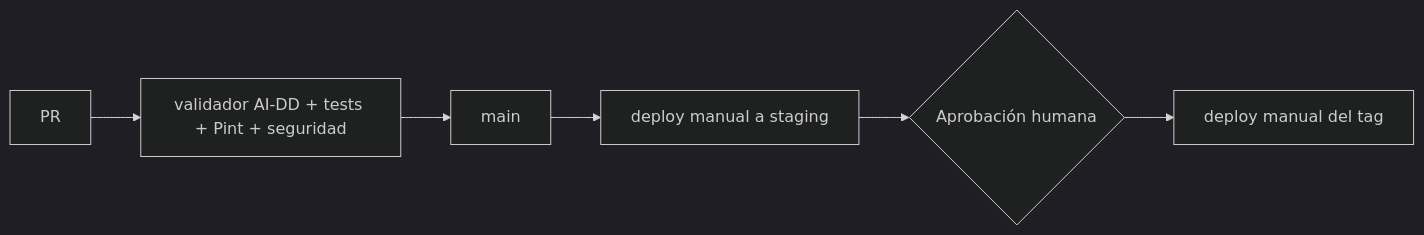
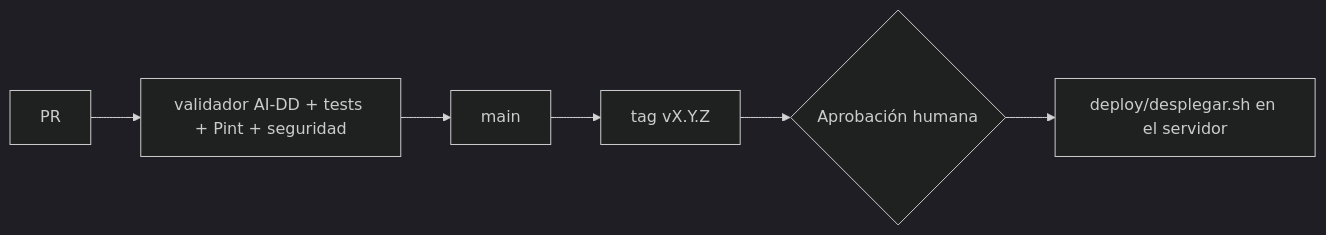
Before and after one commit to gimi34/dentissa: the diagram in docs/deployment.md, drawn with Mermaid (dark theme). The commit also changed other lines of this file and 3 other files, not shown here.

````diff
--- a/docs/deployment.md
+++ b/docs/deployment.md
@@ -32,4 +55,4 @@
 ```mermaid
 flowchart LR
-  PR --> CI[validador AI-DD + tests + Pint + seguridad] --> Merge[main] --> Staging[deploy manual a staging] --> Aprob{Aprobación humana} --> Prod[deploy manual del tag]
+  PR --> CI[validador AI-DD + tests + Pint + seguridad] --> Merge[main] --> Tag[tag vX.Y.Z] --> Aprob{Aprobación humana} --> Prod[deploy/desplegar.sh en el servidor]
 ```
````
